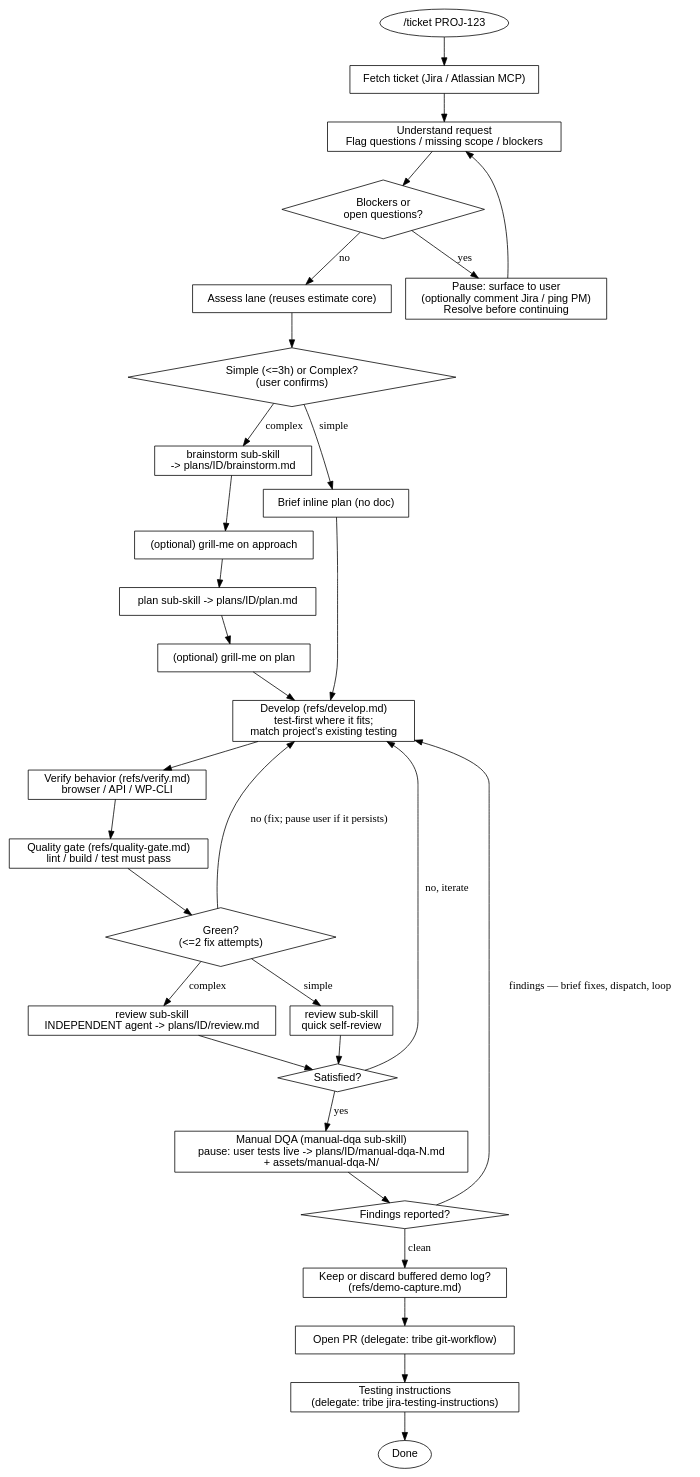
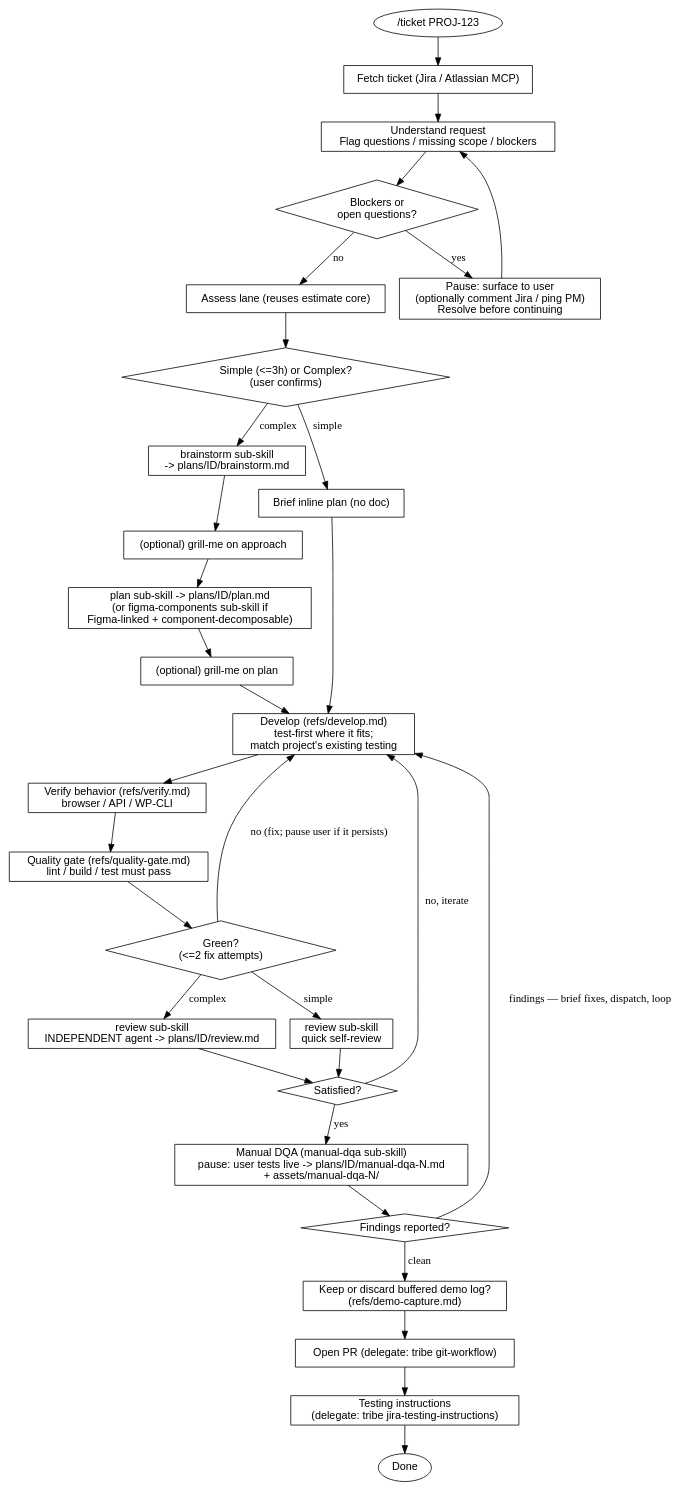
The diagram in references/decision-tree.md (LayaTaal/tribe-harness), drawn with Graphviz before and after one commit. The commit also changed other lines of this file and 4 other files, not shown here.

````diff
--- a/references/decision-tree.md
+++ b/references/decision-tree.md
@@ -7,50 +7,50 @@
 ```dot
 digraph ticket_workflow {
   rankdir=TB; node [shape=box, fontname="Helvetica"];
   start      [shape=oval, label="/ticket PROJ-123"];
   fetch      [label="Fetch ticket (Jira / Atlassian MCP)"];
   understand [label="Understand request\nFlag questions / missing scope / blockers"];
   blocked    [shape=diamond, label="Blockers or\nopen questions?"];
   pause      [label="Pause: surface to user\n(optionally comment Jira / ping PM)\nResolve before continuing"];
   assess     [label="Assess lane (reuses estimate core)"];
   confirm    [shape=diamond, label="Simple (<=3h) or Complex?\n(user confirms)"];
 
   brainstorm [label="brainstorm sub-skill\n-> plans/ID/brainstorm.md"];
   grill1     [label="(optional) grill-me on approach"];
-  plan_c     [label="plan sub-skill -> plans/ID/plan.md"];
+  plan_c     [label="plan sub-skill -> plans/ID/plan.md\n(or figma-components sub-skill if\nFigma-linked + component-decomposable)"];
   grill2     [label="(optional) grill-me on plan"];
   plan_s     [label="Brief inline plan (no doc)"];
 
   develop    [label="Develop (refs/develop.md)\ntest-first where it fits;\nmatch project's existing testing"];
   verify     [label="Verify behavior (refs/verify.md)\nbrowser / API / WP-CLI"];
   gate       [label="Quality gate (refs/quality-gate.md)\nlint / build / test must pass"];
   gatecheck  [shape=diamond, label="Green?\n(<=2 fix attempts)"];
   review_c   [label="review sub-skill\nINDEPENDENT agent -> plans/ID/review.md"];
   review_s   [label="review sub-skill\nquick self-review"];
   satisfied  [shape=diamond, label="Satisfied?"];
   dqa        [label="Manual DQA (manual-dqa sub-skill)\npause: user tests live -> plans/ID/manual-dqa-N.md\n+ assets/manual-dqa-N/"];
   dqacheck   [shape=diamond, label="Findings reported?"];
   demodecide [label="Keep or discard buffered demo log?\n(refs/demo-capture.md)"];
   pr         [label="Open PR (delegate: tribe git-workflow)"];
   testing    [label="Testing instructions\n(delegate: tribe jira-testing-instructions)"];
   done       [shape=oval, label="Done"];
 
   start->fetch->understand->blocked;
   blocked->pause [label="yes"]; pause->understand;
   blocked->assess [label="no"]; assess->confirm;
   confirm->brainstorm [label="complex"];
   brainstorm->grill1->plan_c->grill2->develop;
   confirm->plan_s [label="simple"]; plan_s->develop;
   develop->verify;
   verify->gate->gatecheck;
   gatecheck->develop [label="no (fix; pause user if it persists)"];
   gatecheck->review_c [label="complex"]; gatecheck->review_s [label="simple"];
   review_c->satisfied; review_s->satisfied;
   satisfied->develop [label="no, iterate"]; satisfied->dqa [label="yes"];
   dqa->dqacheck;
   dqacheck->develop [label="findings — brief fixes, dispatch, loop"];
   dqacheck->demodecide [label="clean"];
   demodecide->pr;
   pr->testing->done;
 }
 ```
````
